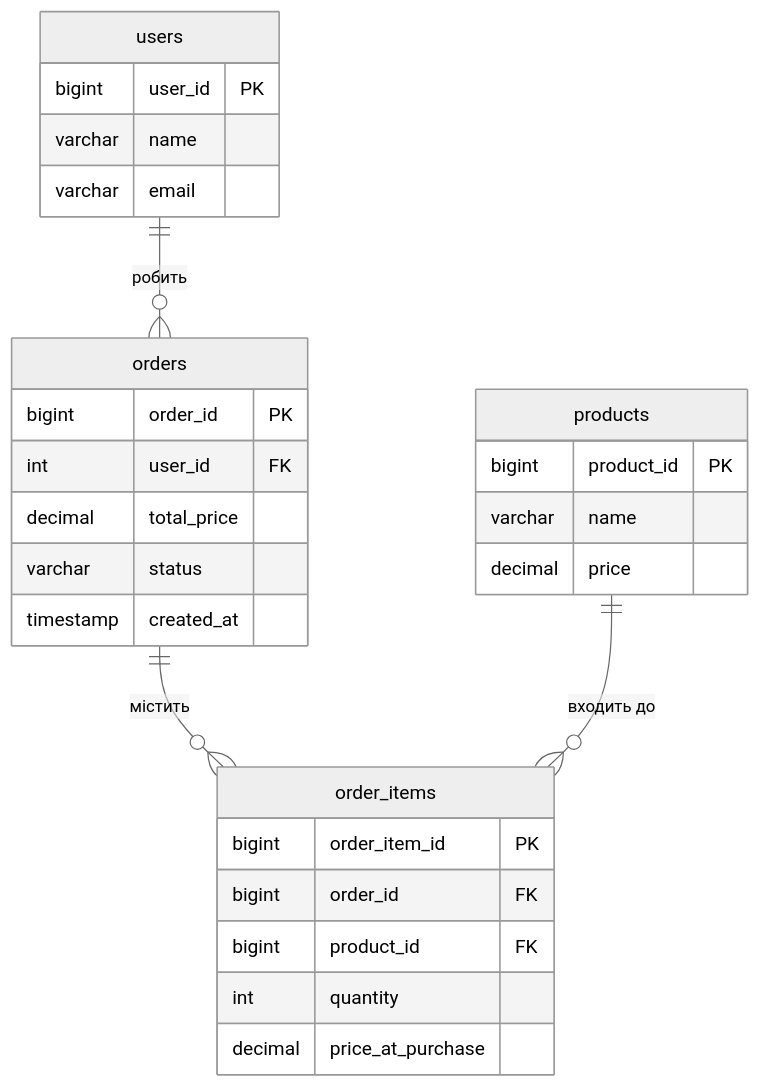
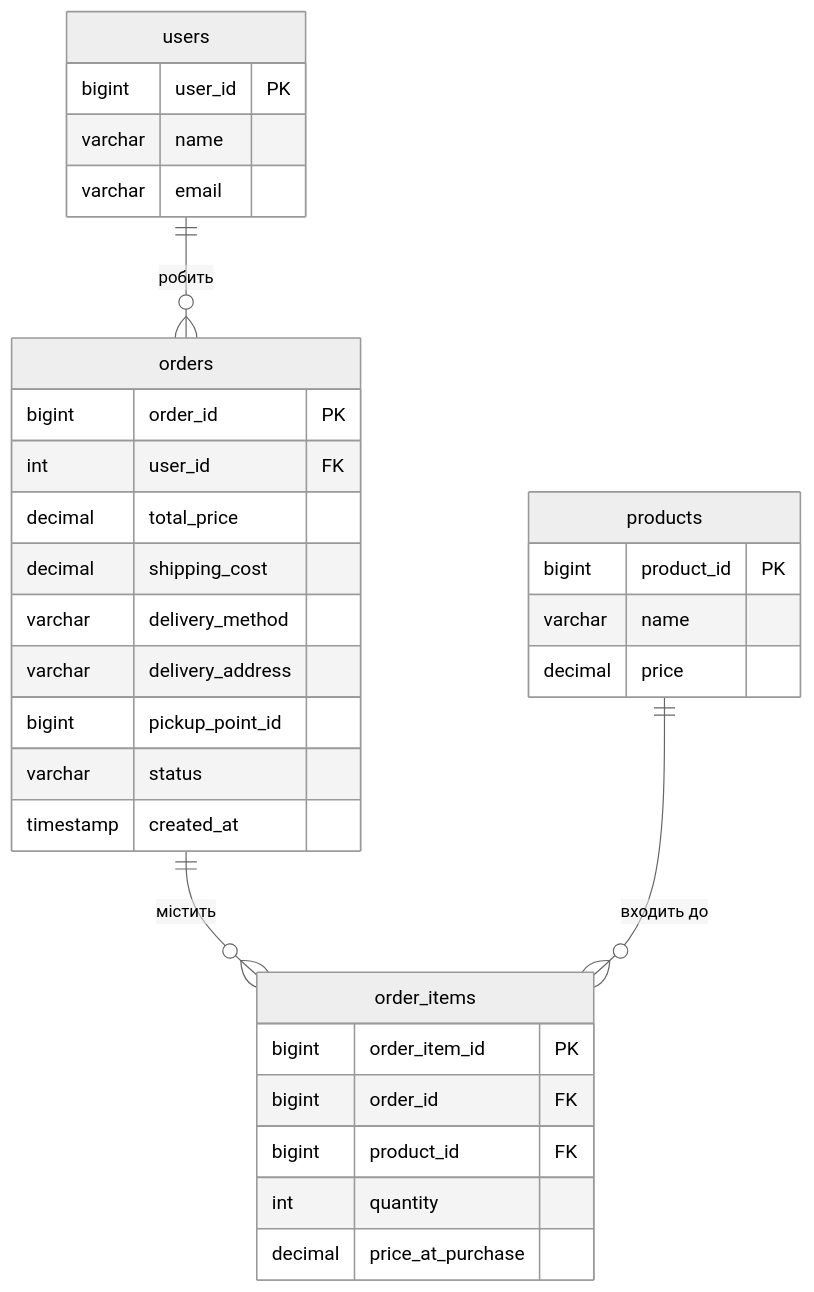
One commit to MaksymChalyi/Verdora-backend changed the third of 3 diagrams in docs/order/orders.md. Above: the diagram before and after it, drawn with Mermaid (neutral theme). The commit also changed other lines of this file and 2 other files, not shown here.

````diff
--- a/docs/order/orders.md
+++ b/docs/order/orders.md
@@ -375,31 +460,35 @@
 ```mermaid
 erDiagram
     users {
         bigint user_id PK
         varchar name
         varchar email
     }
     orders {
         bigint order_id PK
         int user_id FK
         decimal total_price
+        decimal shipping_cost
+        varchar delivery_method
+        varchar delivery_address
+        bigint pickup_point_id
         varchar status
         timestamp created_at
     }
     order_items {
         bigint order_item_id PK
         bigint order_id FK
         bigint product_id FK
         int quantity
         decimal price_at_purchase
     }
     products {
         bigint product_id PK
         varchar name
         decimal price
     }
 
     users ||--o{ orders : "робить"
     orders ||--o{ order_items : "містить"
     products ||--o{ order_items : "входить до"
 ```
````
